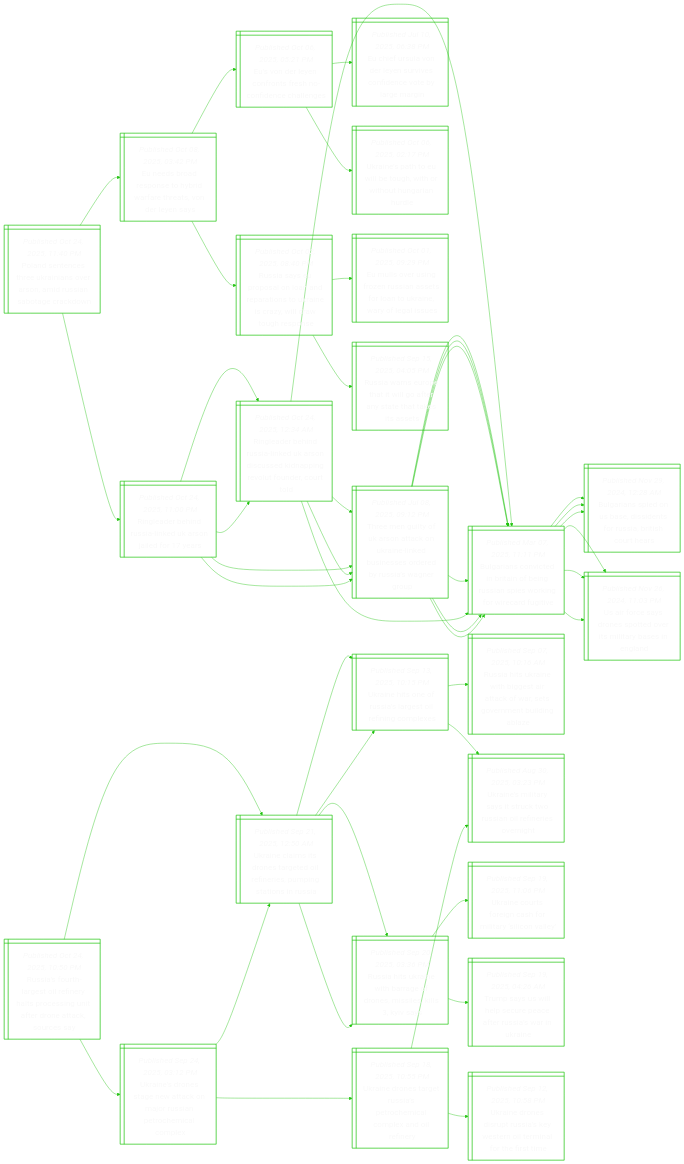
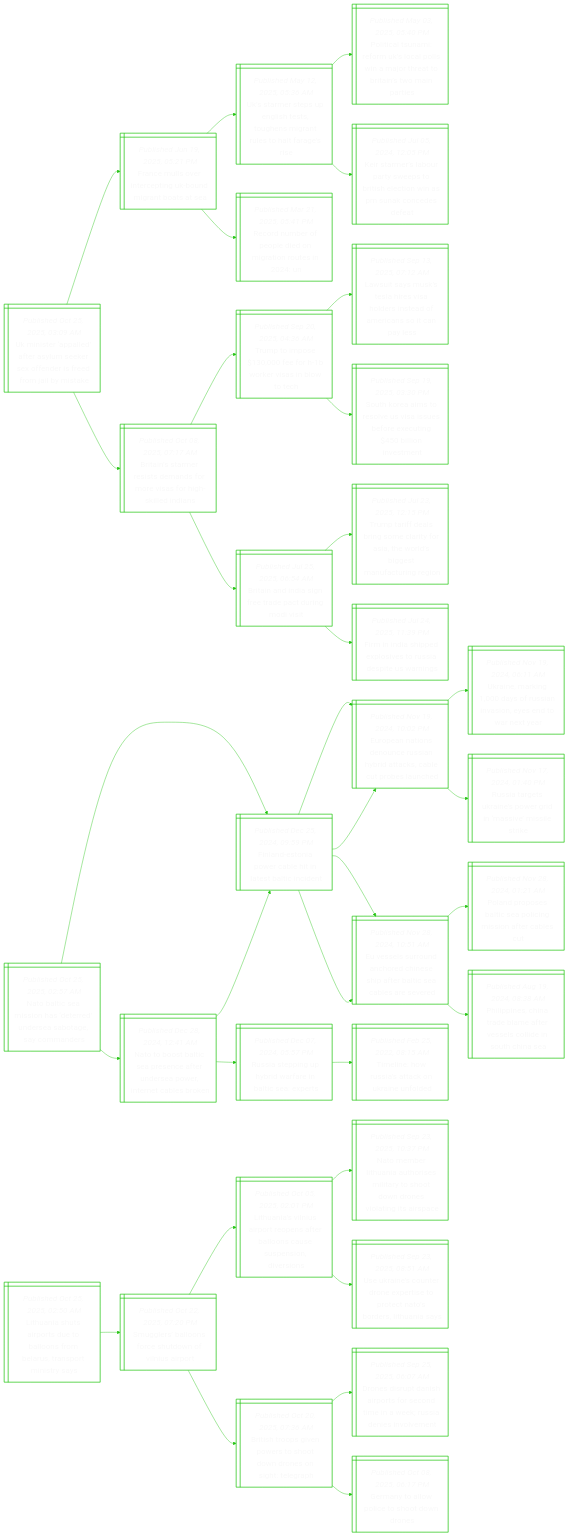
Before and after one commit to notJmes/notJmes: the diagram in README.md, drawn with Mermaid. The commit also changed other lines of this file, not shown here.

````diff
--- a/README.md
+++ b/README.md
@@ -16,142 +16,112 @@
 flowchart LR
 classDef txtsize font-size:20px;
 
-PdetUnormssaaw@{ shape: win-pane, label: "_Published Oct 24, 2025, 11:40 PM_
-Poland sentences three ukrainians over arson, amid russian sabotage crackdown" }
-Rebdikajde@{ shape: win-pane, label: "_Published Oct 24, 2025, 11:00 PM_
-Ringleader behind russia-linked uk arson jailed for 17 years" }
-Rebdikadsipetdul@{ shape: win-pane, label: "_Published Oct 24, 2025, 12:34 AM_
-Ringleader behind russia-linked uk arson discussed kidnapping revolut founder, court told" }
-TmifstninusrdsWrp@{ shape: win-pane, label: "_Published Jul 08, 2025, 09:12 PM_
-Three men guilty of uk arson attack on ukraine-linked businesses ordered by russia’s wagner group" }
-BrccnabRaekoefi@{ shape: win-pane, label: "_Published Mar 07, 2025, 11:11 PM_
-Bulgarians convicted in britain of being russian spies working for wirecard fugitive" }
-TmifstninusrdsWrp@{ shape: win-pane, label: "_Published Jul 08, 2025, 09:12 PM_
-Three men guilty of uk arson attack on ukraine-linked businesses ordered by russia’s wagner group" }
-BrccnabRaekoefi@{ shape: win-pane, label: "_Published Mar 07, 2025, 11:11 PM_
-Bulgarians convicted in britain of being russian spies working for wirecard fugitive" }
-BrccnabRaekoefi@{ shape: win-pane, label: "_Published Mar 07, 2025, 11:11 PM_
-Bulgarians convicted in britain of being russian spies working for wirecard fugitive" }
-Edaptrrttdyy@{ shape: win-pane, label: "_Published Oct 08, 2025, 03:42 PM_
-Eu needs broad response to hybrid warfare threats, von der leyen says" }
-Eneonecdce@{ shape: win-pane, label: "_Published Oct 06, 2025, 05:21 PM_
-Eu’s von der leyen confronts fresh no-confidence challenges" }
-Eeuneuefcerr@{ shape: win-pane, label: "_Published Jul 10, 2025, 06:38 PM_
-Eu chief ursula von der leyen survives confidence vote by large margin" }
-UntUbghtHru@{ shape: win-pane, label: "_Published Oct 06, 2025, 02:17 PM_
-Ukraine’s path to eu will be tough, with or without hungarian hurdle" }
-RaEponettasydoes@{ shape: win-pane, label: "_Published Oct 02, 2025, 08:40 PM_
-Russia says eu proposal on loan and reparations to ukraine is crazy, will draw tough response" }
-Elrgessfakeoau@{ shape: win-pane, label: "_Published Oct 01, 2025, 09:29 PM_
-Eu mulls over using frozen russian assets for loan to ukraine, wary of legal issues" }
-Rasptlfnttss@{ shape: win-pane, label: "_Published Sep 15, 2025, 04:05 PM_
-Russia warns europe that it will go after any state that takes its assets" }
+Uialtyesfreols@{ shape: win-pane, label: "_Published Oct 25, 2025, 03:09 AM_
+Uk minister ‘appalled’ after asylum seeker sex offender is freed from jail by mistake" }
+Fesicnoitsa@{ shape: win-pane, label: "_Published Jun 19, 2025, 05:21 PM_
+France mulls over intercepting uk-bound migrant boats at sea" }
+UasuleonruoFee@{ shape: win-pane, label: "_Published May 12, 2025, 05:36 AM_
+Uk’s starmer steps up english tests, toughens migrant rules to halt farage’s rise" }
+Pisirlpwahtttit@{ shape: win-pane, label: "_Published May 03, 2025, 05:40 PM_
+Political tsunami: reform uk’s local polls win a major threat to britain’s two main parties" }
+Ktroreoiensnnsa@{ shape: win-pane, label: "_Published Jul 05, 2024, 12:05 PM_
+Keir starmer’s labour party sweeps to british election win as pm sunak concedes defeat" }
+Rdeednars@{ shape: win-pane, label: "_Published Mar 21, 2025, 05:41 PM_
+Record number of people died on migration routes in 2024: un" }
+BiartaoesiiIn@{ shape: win-pane, label: "_Published Oct 08, 2025, 07:17 AM_
+Britain’s starmer resists demands for more visas for high-skilled indians" }
+TtoeBealt@{ shape: win-pane, label: "_Published Sep 20, 2025, 04:36 AM_
+Trump to impose $130,000 fee for h-1b worker visas in blow to tech" }
+Lissashrtfisal@{ shape: win-pane, label: "_Published Sep 13, 2025, 07:12 AM_
+Lawsuit says musk’s tesla hires visa holders instead of americans so it can pay less" }
+SKaolvsbeuboen@{ shape: win-pane, label: "_Published Sep 19, 2025, 03:30 PM_
+South korea aims to resolve us visa issues before executing $450 billion investment" }
+BiIsracidi@{ shape: win-pane, label: "_Published Jul 25, 2025, 06:54 AM_
+Britain and india sign free trade pact during modi visit" }
+TtfsgctAhlgmaig@{ shape: win-pane, label: "_Published Jul 23, 2025, 12:15 PM_
+Trump tariff deals bring some clarity for asia, the world’s biggest manufacturing region" }
+FnappvRaiwn@{ shape: win-pane, label: "_Published Jul 24, 2025, 11:39 PM_
+Firm in india shipped explosives to russia despite us warnings" }
 
-PdetUnormssaaw:::txtsize --> Rebdikajde:::txtsize
-Rebdikajde:::txtsize --> Rebdikadsipetdul:::txtsize
-Rebdikadsipetdul:::txtsize --> TmifstninusrdsWrp:::txtsize
-Rebdikadsipetdul:::txtsize --> BrccnabRaekoefi:::txtsize
-Rebdikajde:::txtsize --> TmifstninusrdsWrp:::txtsize
-TmifstninusrdsWrp:::txtsize --> BrccnabRaekoefi:::txtsize
-TmifstninusrdsWrp:::txtsize --> BrccnabRaekoefi:::txtsize
-PdetUnormssaaw:::txtsize --> Edaptrrttdyy:::txtsize
-Edaptrrttdyy:::txtsize --> Eneonecdce:::txtsize
-Eneonecdce:::txtsize --> Eeuneuefcerr:::txtsize
-Eneonecdce:::txtsize --> UntUbghtHru:::txtsize
-Edaptrrttdyy:::txtsize --> RaEponettasydoes:::txtsize
-RaEponettasydoes:::txtsize --> Elrgessfakeoau:::txtsize
-RaEponettasydoes:::txtsize --> Rasptlfnttss:::txtsize
+Uialtyesfreols:::txtsize --> Fesicnoitsa:::txtsize
+Fesicnoitsa:::txtsize --> UasuleonruoFee:::txtsize
+UasuleonruoFee:::txtsize --> Pisirlpwahtttit:::txtsize
+UasuleonruoFee:::txtsize --> Ktroreoiensnnsa:::txtsize
+Fesicnoitsa:::txtsize --> Rdeednars:::txtsize
+Uialtyesfreols:::txtsize --> BiartaoesiiIn:::txtsize
+BiartaoesiiIn:::txtsize --> TtoeBealt:::txtsize
+TtoeBealt:::txtsize --> Lissashrtfisal:::txtsize
+TtoeBealt:::txtsize --> SKaolvsbeuboen:::txtsize
+BiartaoesiiIn:::txtsize --> BiIsracidi:::txtsize
+BiIsracidi:::txtsize --> TtfsgctAhlgmaig:::txtsize
+BiIsracidi:::txtsize --> FnappvRaiwn:::txtsize
 
-Rebdikajde@{ shape: win-pane, label: "_Published Oct 24, 2025, 11:00 PM_
-Ringleader behind russia-linked uk arson jailed for 17 years" }
-Rebdikadsipetdul@{ shape: win-pane, label: "_Published Oct 24, 2025, 12:34 AM_
-Ringleader behind russia-linked uk arson discussed kidnapping revolut founder, court told" }
-TmifstninusrdsWrp@{ shape: win-pane, label: "_Published Jul 08, 2025, 09:12 PM_
-Three men guilty of uk arson attack on ukraine-linked businesses ordered by russia’s wagner group" }
-BrccnabRaekoefi@{ shape: win-pane, label: "_Published Mar 07, 2025, 11:11 PM_
-Bulgarians convicted in britain of being russian spies working for wirecard fugitive" }
-BrccnabRaekoefi@{ shape: win-pane, label: "_Published Mar 07, 2025, 11:11 PM_
-Bulgarians convicted in britain of being russian spies working for wirecard fugitive" }
-BrccnabRaekoefi@{ shape: win-pane, label: "_Published Mar 07, 2025, 11:11 PM_
-Bulgarians convicted in britain of being russian spies working for wirecard fugitive" }
-Brsoasnritoe@{ shape: win-pane, label: "_Published Nov 29, 2024, 12:28 AM_
-Bulgarians spied on us base, dissidents for russia, british court hears" }
-UFsrserirend@{ shape: win-pane, label: "_Published Nov 26, 2024, 11:03 PM_
-Us air force says drones spotted over its military bases in england" }
-TmifstninusrdsWrp@{ shape: win-pane, label: "_Published Jul 08, 2025, 09:12 PM_
-Three men guilty of uk arson attack on ukraine-linked businesses ordered by russia’s wagner group" }
-BrccnabRaekoefi@{ shape: win-pane, label: "_Published Mar 07, 2025, 11:11 PM_
-Bulgarians convicted in britain of being russian spies working for wirecard fugitive" }
-Brsoasnritoe@{ shape: win-pane, label: "_Published Nov 29, 2024, 12:28 AM_
-Bulgarians spied on us base, dissidents for russia, british court hears" }
-UFsrserirend@{ shape: win-pane, label: "_Published Nov 26, 2024, 11:03 PM_
-Us air force says drones spotted over its military bases in england" }
-BrccnabRaekoefi@{ shape: win-pane, label: "_Published Mar 07, 2025, 11:11 PM_
-Bulgarians convicted in britain of being russian spies working for wirecard fugitive" }
-Brsoasnritoe@{ shape: win-pane, label: "_Published Nov 29, 2024, 12:28 AM_
-Bulgarians spied on us base, dissidents for russia, british court hears" }
-UFsrserirend@{ shape: win-pane, label: "_Published Nov 26, 2024, 11:03 PM_
-Us air force says drones spotted over its military bases in england" }
+NaSshtdragcn@{ shape: win-pane, label: "_Published Oct 25, 2025, 02:57 AM_
+Nato baltic sea mission has ‘deterred’ undersea sabotage, say commanders" }
+Notipntdarrabn@{ shape: win-pane, label: "_Published Dec 28, 2024, 12:41 AM_
+Nato to boost baltic sea presence after undersea power, internet cables broken" }
+FnooaiaBcd@{ shape: win-pane, label: "_Published Dec 25, 2024, 09:59 PM_
+Finland-estonia power cable hit in latest baltic incident" }
+Eetdnshdcbten@{ shape: win-pane, label: "_Published Nov 19, 2024, 10:02 PM_
+European nations denounce russian hybrid attacks, cable cut probes launched" }
+EsunhCspricsed@{ shape: win-pane, label: "_Published Nov 28, 2024, 10:51 AM_
+Eu vessels surround anchored chinese ship after baltic sea cables are severed" }
+RappifniEt@{ shape: win-pane, label: "_Published Dec 07, 2024, 05:57 PM_
+Russia stepping up hybrid warfare in baltic sea: experts" }
+Tiwitnifd@{ shape: win-pane, label: "_Published Feb 25, 2022, 08:15 AM_
+Timeline: how russia's attack on ukraine unfolded" }
+FnooaiaBcd@{ shape: win-pane, label: "_Published Dec 25, 2024, 09:59 PM_
+Finland-estonia power cable hit in latest baltic incident" }
+Eetdnshdcbten@{ shape: win-pane, label: "_Published Nov 19, 2024, 10:02 PM_
+European nations denounce russian hybrid attacks, cable cut probes launched" }
+UnkaRaaenat@{ shape: win-pane, label: "_Published Nov 19, 2024, 06:11 AM_
+Ukraine, marking 1,000 days of russian invasion, eyes end to war next year" }
+Raersrisiek@{ shape: win-pane, label: "_Published Nov 17, 2024, 01:40 PM_
+Russia targets ukraine’s power grid in ‘massive’ missile strike" }
+EsunhCspricsed@{ shape: win-pane, label: "_Published Nov 28, 2024, 10:51 AM_
+Eu vessels surround anchored chinese ship after baltic sea cables are severed" }
+PdoaSlgitbu@{ shape: win-pane, label: "_Published Nov 28, 2024, 01:21 AM_
+Poland proposes baltic sea policing mission after cables cut" }
+Ppsaeerelitn@{ shape: win-pane, label: "_Published Aug 19, 2024, 08:38 AM_
+Philippines, china trade blame after vessels collide in south china sea" }
 
-Rebdikajde:::txtsize --> Rebdikadsipetdul:::txtsize
-Rebdikadsipetdul:::txtsize --> TmifstninusrdsWrp:::txtsize
-TmifstninusrdsWrp:::txtsize --> BrccnabRaekoefi:::txtsize
-TmifstninusrdsWrp:::txtsize --> BrccnabRaekoefi:::txtsize
-Rebdikadsipetdul:::txtsize --> BrccnabRaekoefi:::txtsize
-BrccnabRaekoefi:::txtsize --> Brsoasnritoe:::txtsize
-BrccnabRaekoefi:::txtsize --> UFsrserirend:::txtsize
-Rebdikajde:::txtsize --> TmifstninusrdsWrp:::txtsize
-TmifstninusrdsWrp:::txtsize --> BrccnabRaekoefi:::txtsize
-BrccnabRaekoefi:::txtsize --> Brsoasnritoe:::txtsize
-BrccnabRaekoefi:::txtsize --> UFsrserirend:::txtsize
-TmifstninusrdsWrp:::txtsize --> BrccnabRaekoefi:::txtsize
-BrccnabRaekoefi:::txtsize --> Brsoasnritoe:::txtsize
-BrccnabRaekoefi:::txtsize --> UFsrserirend:::txtsize
+NaSshtdragcn:::txtsize --> Notipntdarrabn:::txtsize
+Notipntdarrabn:::txtsize --> FnooaiaBcd:::txtsize
+FnooaiaBcd:::txtsize --> Eetdnshdcbten:::txtsize
+FnooaiaBcd:::txtsize --> EsunhCspricsed:::txtsize
+Notipntdarrabn:::txtsize --> RappifniEt:::txtsize
+RappifniEt:::txtsize --> Tiwitnifd:::txtsize
+NaSshtdragcn:::txtsize --> FnooaiaBcd:::txtsize
+FnooaiaBcd:::txtsize --> Eetdnshdcbten:::txtsize
+Eetdnshdcbten:::txtsize --> UnkaRaaenat:::txtsize
+Eetdnshdcbten:::txtsize --> Raersrisiek:::txtsize
+FnooaiaBcd:::txtsize --> EsunhCspricsed:::txtsize
+EsunhCspricsed:::txtsize --> PdoaSlgitbu:::txtsize
+EsunhCspricsed:::txtsize --> Ppsaeerelitn:::txtsize
 
-Rarrofysegadakcy@{ shape: win-pane, label: "_Published Oct 24, 2025, 10:50 PM_
-Russia’s fourth-largest oil refinery halts processing unit after drone attack, sources say" }
-UnisegofimsoRa@{ shape: win-pane, label: "_Published Sep 21, 2025, 12:50 AM_
-Ukraine claims its drones targeted oil refineries, pumping stations in russia" }
-Unsfirofgl@{ shape: win-pane, label: "_Published Sep 13, 2025, 10:15 PM_
-Ukraine hits one of russia’s largest oil refining complexes" }
-RaUnhercasrtdb@{ shape: win-pane, label: "_Published Sep 07, 2025, 10:16 AM_
-Russia hits ukraine with biggest air attack of war, sets government building ablaze" }
-Unlyiuoilnsn@{ shape: win-pane, label: "_Published Aug 30, 2025, 03:23 PM_
-Ukraine’s military says it struck two russian oil refineries overnight" }
-RaUnhadsiiyy@{ shape: win-pane, label: "_Published Sep 20, 2025, 03:36 PM_
-Russia hits ukraine with barrage of drones, missiles, kills 3, kyiv says" }
-UnrrcoiSol@{ shape: win-pane, label: "_Published Sep 19, 2025, 11:06 PM_
-Ukraine courts foreign cash for military ‘silicon valley’" }
-TsShepaRaia@{ shape: win-pane, label: "_Published Sep 19, 2025, 04:26 AM_
-Trump says us will help secure peace after russia’s war in ukraine" }
-UnoteamRarmce@{ shape: win-pane, label: "_Published Sep 24, 2025, 03:12 PM_
-Ukraine’s drones stage new attack on major russian petrochemical complex" }
-Unnrusoioxii@{ shape: win-pane, label: "_Published Sep 18, 2025, 10:55 PM_
-Ukraine drones target russia’s petrochemical complex and oil refinery" }
-Unlyiuoilnsn@{ shape: win-pane, label: "_Published Aug 30, 2025, 03:23 PM_
-Ukraine’s military says it struck two russian oil refineries overnight" }
-UnnsRawrtnrii@{ shape: win-pane, label: "_Published Sep 12, 2025, 10:58 PM_
-Ukraine drones disrupt russia’s key western oil terminal for the first time" }
-UnisegofimsoRa@{ shape: win-pane, label: "_Published Sep 21, 2025, 12:50 AM_
-Ukraine claims its drones targeted oil refineries, pumping stations in russia" }
-Unsfirofgl@{ shape: win-pane, label: "_Published Sep 13, 2025, 10:15 PM_
-Ukraine hits one of russia’s largest oil refining complexes" }
-RaUnhadsiiyy@{ shape: win-pane, label: "_Published Sep 20, 2025, 03:36 PM_
-Russia hits ukraine with barrage of drones, missiles, kills 3, kyiv says" }
+Lahittlfessmty@{ shape: win-pane, label: "_Published Oct 25, 2025, 02:50 AM_
+Lithuania shuts airports due to balloons from belarus, transport ministry says" }
+Slanctonit@{ shape: win-pane, label: "_Published Oct 22, 2025, 07:20 PM_
+Smugglers’ balloons force shutdown of vilnius airport" }
+LaVupesroausii@{ shape: win-pane, label: "_Published Oct 05, 2025, 02:01 PM_
+Lithuania’s vilnius airport reopens after balloons cause suspension, diversions" }
+NeLauiirhooiisp@{ shape: win-pane, label: "_Published Sep 23, 2025, 10:37 PM_
+Nato member lithuania authorises military to shoot down drones violating its airspace" }
+Urstopsrtsetis@{ shape: win-pane, label: "_Published Sep 23, 2025, 08:51 AM_
+Use ukraine’s counter drone expertise to protect nato’s borders, lithuania says" }
+Bsovwotdsglp@{ shape: win-pane, label: "_Published Oct 20, 2025, 07:36 AM_
+British troops given powers to shoot down drones on sight: telegraph" }
+Dsunitsdiesnne@{ shape: win-pane, label: "_Published Sep 25, 2025, 06:07 AM_
+Drones disrupt danish airports for second time in a week; russia denies involvement" }
+Gnlotone@{ shape: win-pane, label: "_Published Oct 08, 2025, 06:17 PM_
+Germany to allow police to shoot down drones" }
 
-Rarrofysegadakcy:::txtsize --> UnisegofimsoRa:::txtsize
-UnisegofimsoRa:::txtsize --> Unsfirofgl:::txtsize
-Unsfirofgl:::txtsize --> RaUnhercasrtdb:::txtsize
-Unsfirofgl:::txtsize --> Unlyiuoilnsn:::txtsize
-UnisegofimsoRa:::txtsize --> RaUnhadsiiyy:::txtsize
-RaUnhadsiiyy:::txtsize --> UnrrcoiSol:::txtsize
-RaUnhadsiiyy:::txtsize --> TsShepaRaia:::txtsize
-Rarrofysegadakcy:::txtsize --> UnoteamRarmce:::txtsize
-UnoteamRarmce:::txtsize --> Unnrusoioxii:::txtsize
-Unnrusoioxii:::txtsize --> Unlyiuoilnsn:::txtsize
-Unnrusoioxii:::txtsize --> UnnsRawrtnrii:::txtsize
-UnoteamRarmce:::txtsize --> UnisegofimsoRa:::txtsize
-UnisegofimsoRa:::txtsize --> Unsfirofgl:::txtsize
-UnisegofimsoRa:::txtsize --> RaUnhadsiiyy:::txtsize
+Lahittlfessmty:::txtsize --> Slanctonit:::txtsize
+Slanctonit:::txtsize --> LaVupesroausii:::txtsize
+LaVupesroausii:::txtsize --> NeLauiirhooiisp:::txtsize
+LaVupesroausii:::txtsize --> Urstopsrtsetis:::txtsize
+Slanctonit:::txtsize --> Bsovwotdsglp:::txtsize
+Bsovwotdsglp:::txtsize --> Dsunitsdiesnne:::txtsize
+Bsovwotdsglp:::txtsize --> Gnlotone:::txtsize
 
 ```
````
